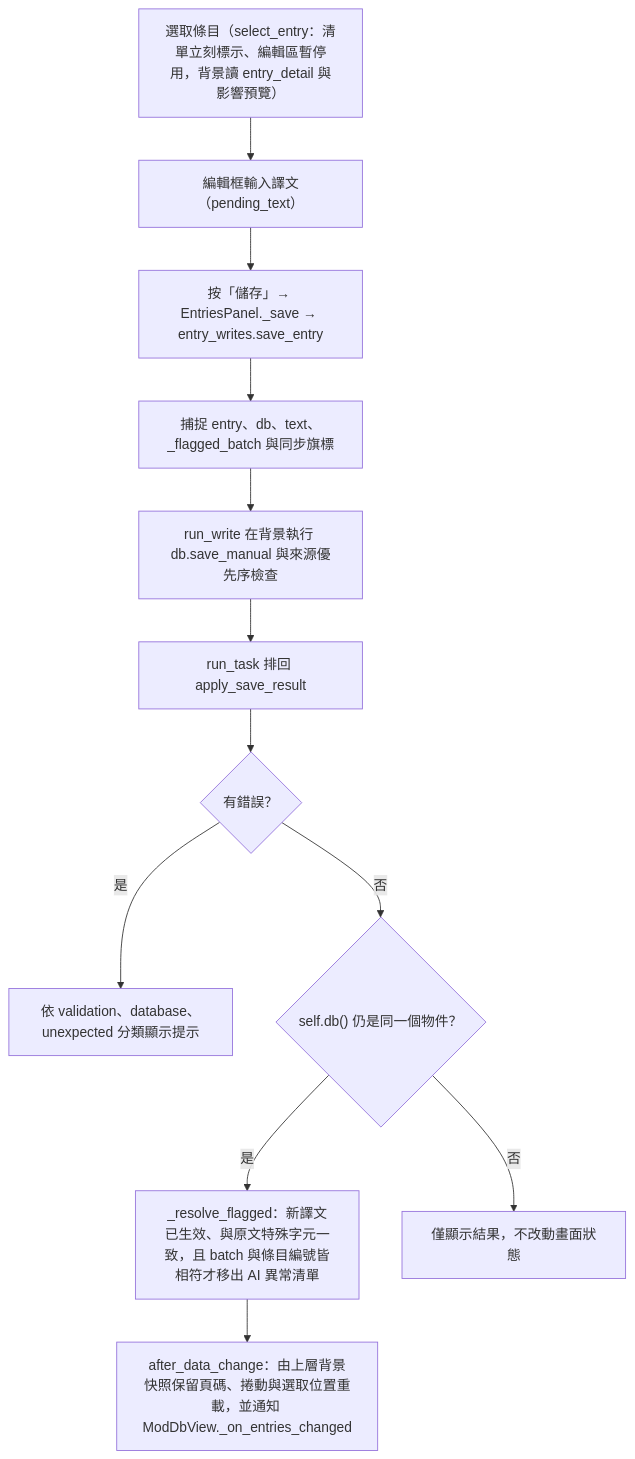
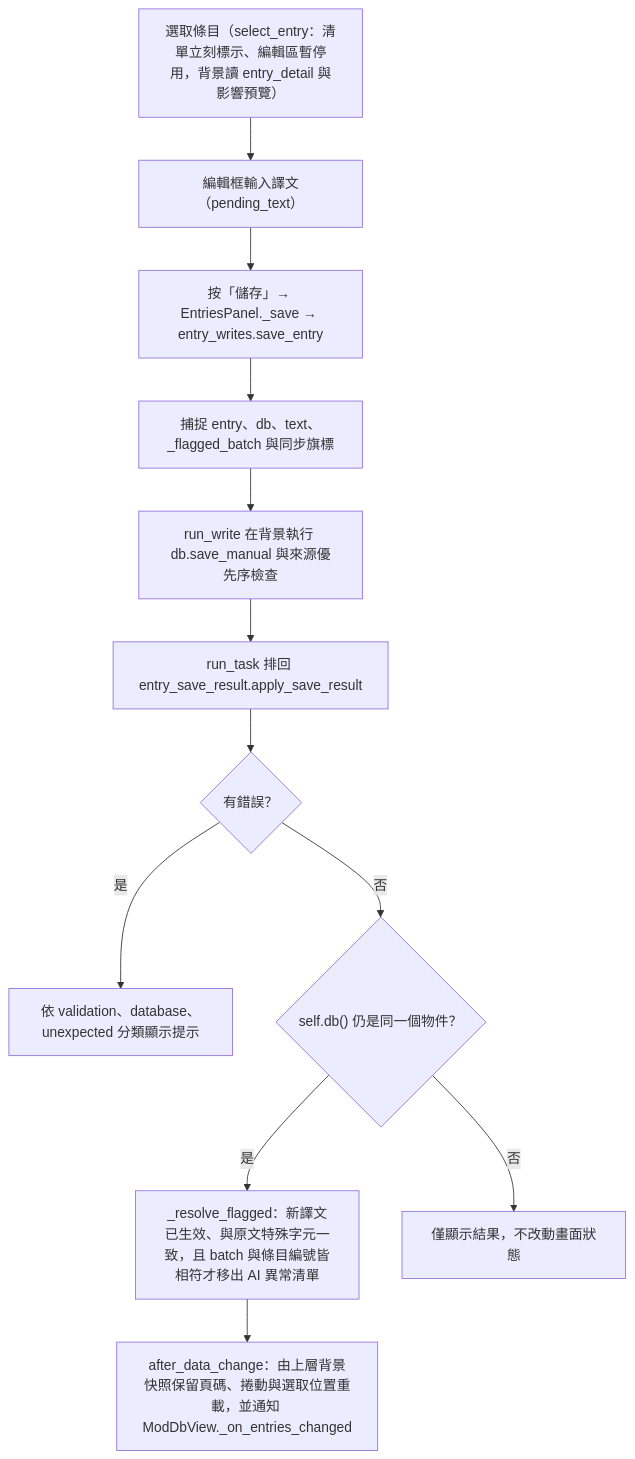
Before and after one commit to jlin53882/Minecraft-translate: the third of 8 diagrams in docs/page_flows/moddb.md, drawn with Mermaid. The commit also changed 1 other file, not shown here.

Commit message:
docs: 儲存結果與載入狀態的文件對齊最終程式
Claude-Session: https://claude.ai/code/session_01XC9872MWeiEFEZfTrbJS71

````diff
--- a/docs/page_flows/moddb.md
+++ b/docs/page_flows/moddb.md
@@ -73,14 +73,14 @@
 ```mermaid
 flowchart TD
     A["選取條目（select_entry：清單立刻標示、編輯區暫停用，背景讀 entry_detail 與影響預覽）"] --> B["編輯框輸入譯文（pending_text）"]
     B --> C["按「儲存」→ EntriesPanel._save → entry_writes.save_entry"]
     C --> D["捕捉 entry、db、text、_flagged_batch 與同步旗標"]
     D --> E["run_write 在背景執行 db.save_manual 與來源優先序檢查"]
-    E --> F["run_task 排回 apply_save_result"]
+    E --> F["run_task 排回 entry_save_result.apply_save_result"]
     F --> G{"有錯誤？"}
     G -- 是 --> H["依 validation、database、unexpected 分類顯示提示"]
     G -- 否 --> I{"self.db() 仍是同一個物件？"}
     I -- 是 --> J["_resolve_flagged：新譯文已生效、與原文特殊字元一致，且 batch 與條目編號皆相符才移出 AI 異常清單"]
     J --> K["after_data_change：由上層背景快照保留頁碼、捲動與選取位置重載，並通知 ModDbView._on_entries_changed"]
     I -- 否 --> L["僅顯示結果，不改動畫面狀態"]
 ```
````
